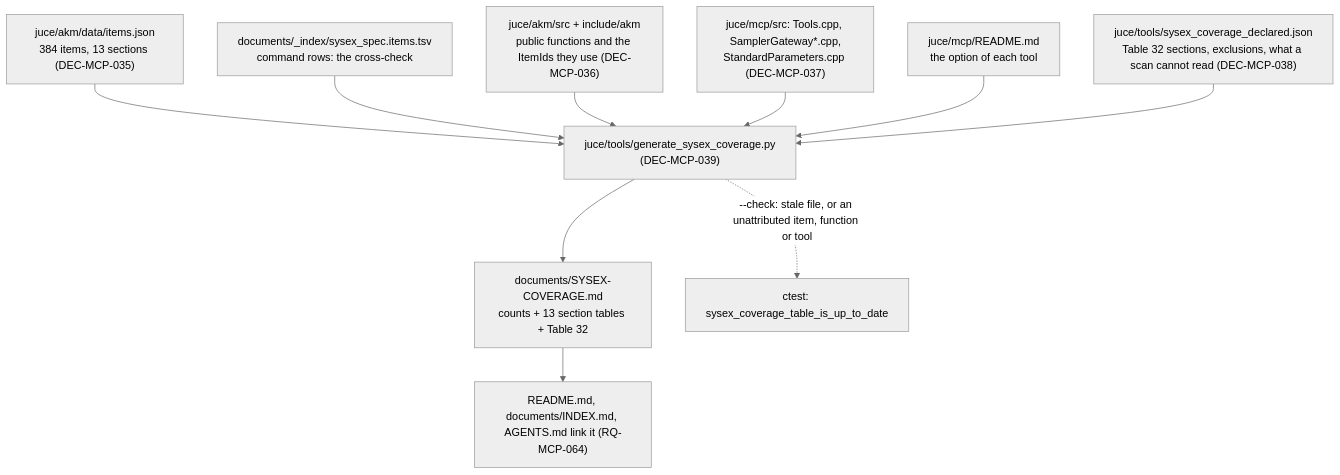
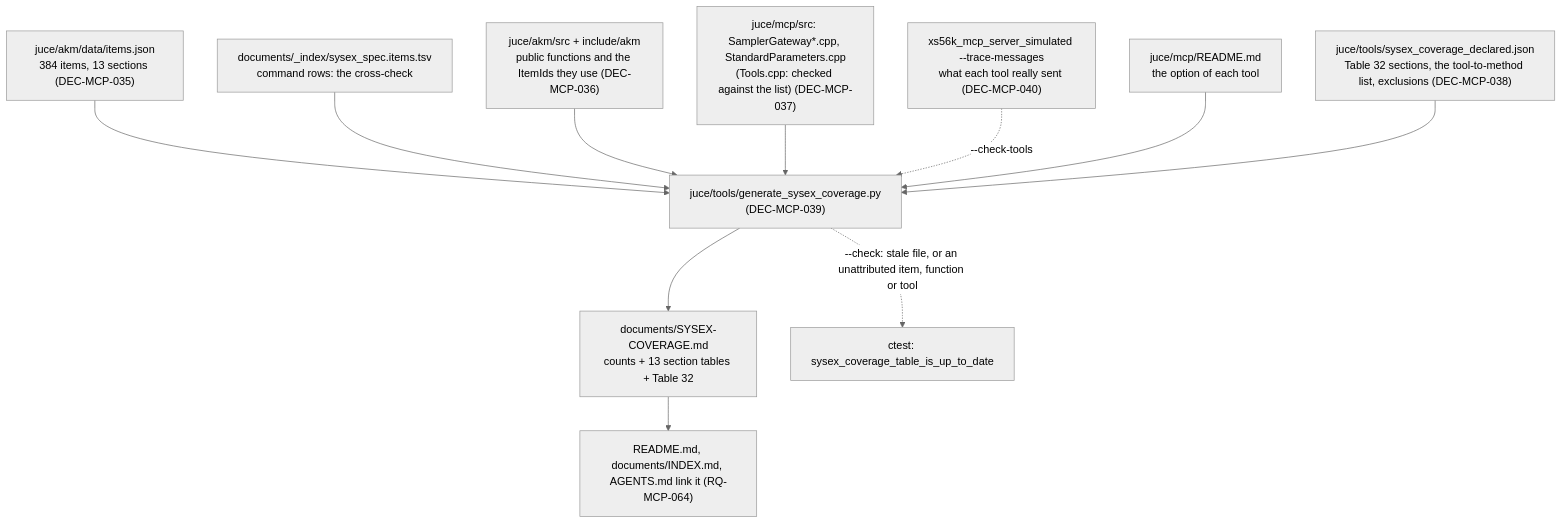
One commit to xplorer2716/XS56K changed the diagram in process/2.architecture/ADR-MCP-006-sysex-coverage-table-generator.md. Above: the diagram before and after it, drawn with Mermaid (neutral theme). The commit also changed other lines of this file and 3 other files, not shown here.

````diff
--- a/process/2.architecture/ADR-MCP-006-sysex-coverage-table-generator.md
+++ b/process/2.architecture/ADR-MCP-006-sysex-coverage-table-generator.md
@@ -112,12 +145,13 @@
 ```mermaid
 flowchart TD
     CAT["juce/akm/data/items.json\n384 items, 13 sections (DEC-MCP-035)"] --> G
     TSV["documents/_index/sysex_spec.items.tsv\ncommand rows: the cross-check"] --> G
     AKM["juce/akm/src + include/akm\npublic functions and the ItemIds they use (DEC-MCP-036)"] --> G
-    MCP["juce/mcp/src: Tools.cpp, SamplerGateway*.cpp,\nStandardParameters.cpp (DEC-MCP-037)"] --> G
+    MCP["juce/mcp/src: SamplerGateway*.cpp, StandardParameters.cpp\n(Tools.cpp: checked against the list) (DEC-MCP-037)"] --> G
+    TRACE["xs56k_mcp_server_simulated --trace-messages\nwhat each tool really sent (DEC-MCP-040)"] -. "--check-tools" .-> G
     RM["juce/mcp/README.md\nthe option of each tool"] --> G
-    DEC["juce/tools/sysex_coverage_declared.json\nTable 32 sections, exclusions, what a scan cannot read (DEC-MCP-038)"] --> G
+    DEC["juce/tools/sysex_coverage_declared.json\nTable 32 sections, the tool-to-method list, exclusions (DEC-MCP-038)"] --> G
     G["juce/tools/generate_sysex_coverage.py\n(DEC-MCP-039)"] --> OUT["documents/SYSEX-COVERAGE.md\ncounts + 13 section tables + Table 32"]
     G -. "--check: stale file, or an unattributed item, function or tool" .-> T["ctest: sysex_coverage_table_is_up_to_date"]
     OUT --> R["README.md, documents/INDEX.md, AGENTS.md link it (RQ-MCP-064)"]
 ```
````
